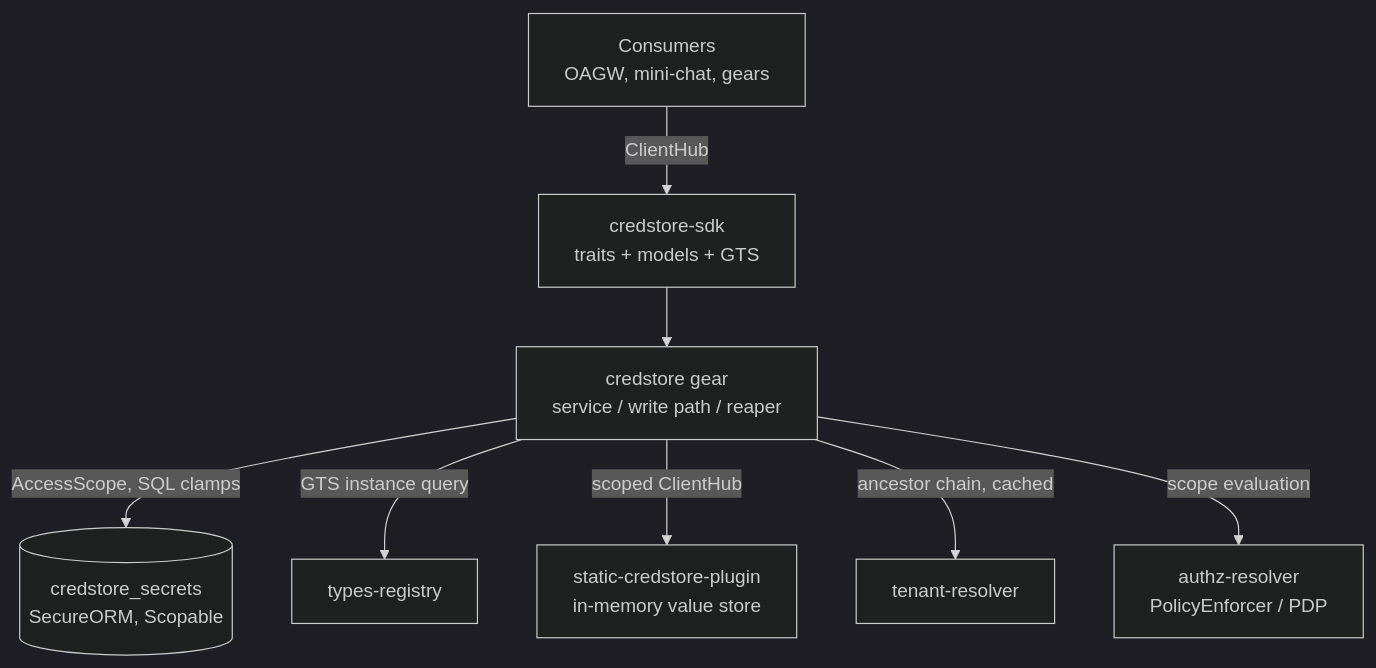
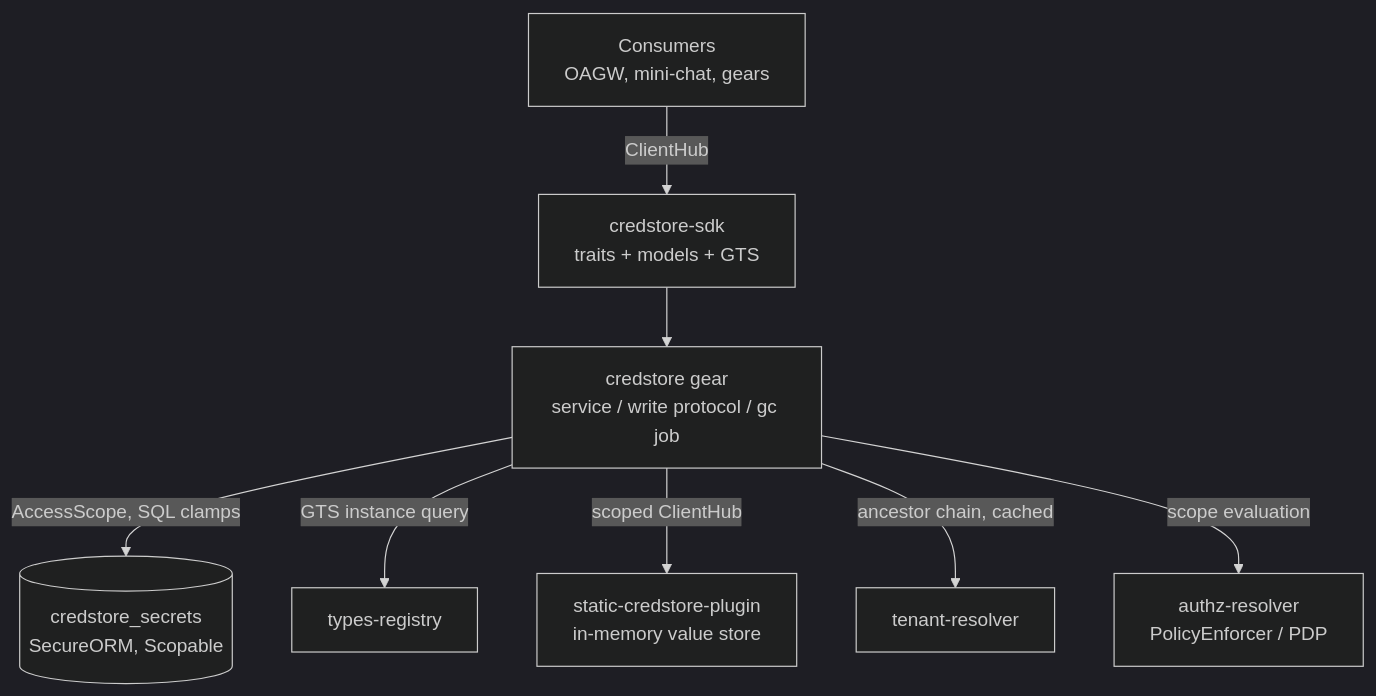
One commit to constructorfabric/cyberware-rust changed the first of 5 diagrams in gears/credstore/docs/DESIGN.md. Above: the diagram before and after it, drawn with Mermaid (dark theme). The commit also changed other lines of this file and 2 other files, not shown here.

First line of the commit message:
docs(credstore): DESIGN and PRD describe the current system; static plugin README for the versioned store

````diff
--- a/gears/credstore/docs/DESIGN.md
+++ b/gears/credstore/docs/DESIGN.md
@@ -301,19 +298,19 @@
 ```mermaid
 graph TB
     Consumer[Consumers<br/>OAGW, mini-chat, gears]
     SDK[credstore-sdk<br/>traits + models + GTS]
-    GW[credstore gear<br/>service / write path / reaper]
+    GW[credstore gear<br/>service / write protocol / gc job]
     REPO[(credstore_secrets<br/>SecureORM, Scopable)]
     SP[static-credstore-plugin<br/>in-memory value store]
     PDP[authz-resolver<br/>PolicyEnforcer / PDP]
     TR[tenant-resolver]
     TReg[types-registry]
 
     Consumer -->|ClientHub| SDK
     SDK --> GW
     GW -->|AccessScope, SQL clamps| REPO
     GW -->|GTS instance query| TReg
     GW -->|scoped ClientHub| SP
     GW -->|ancestor chain, cached| TR
     GW -->|scope evaluation| PDP
 ```
````
